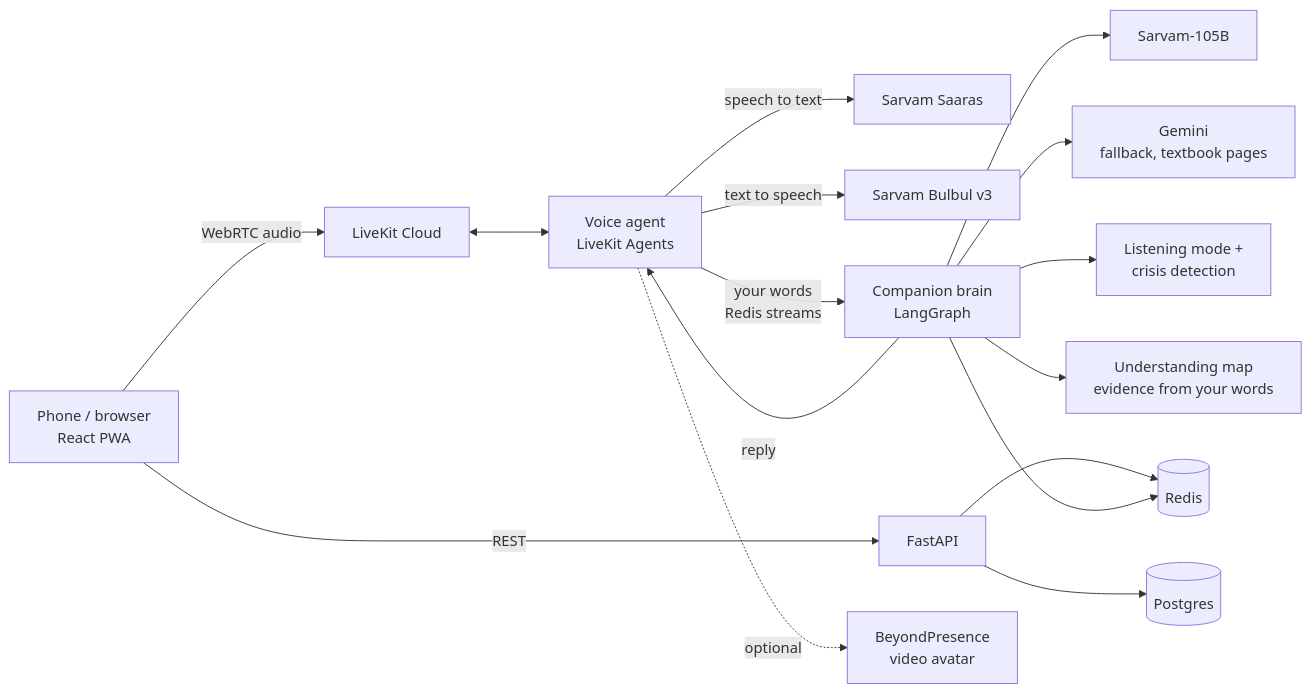
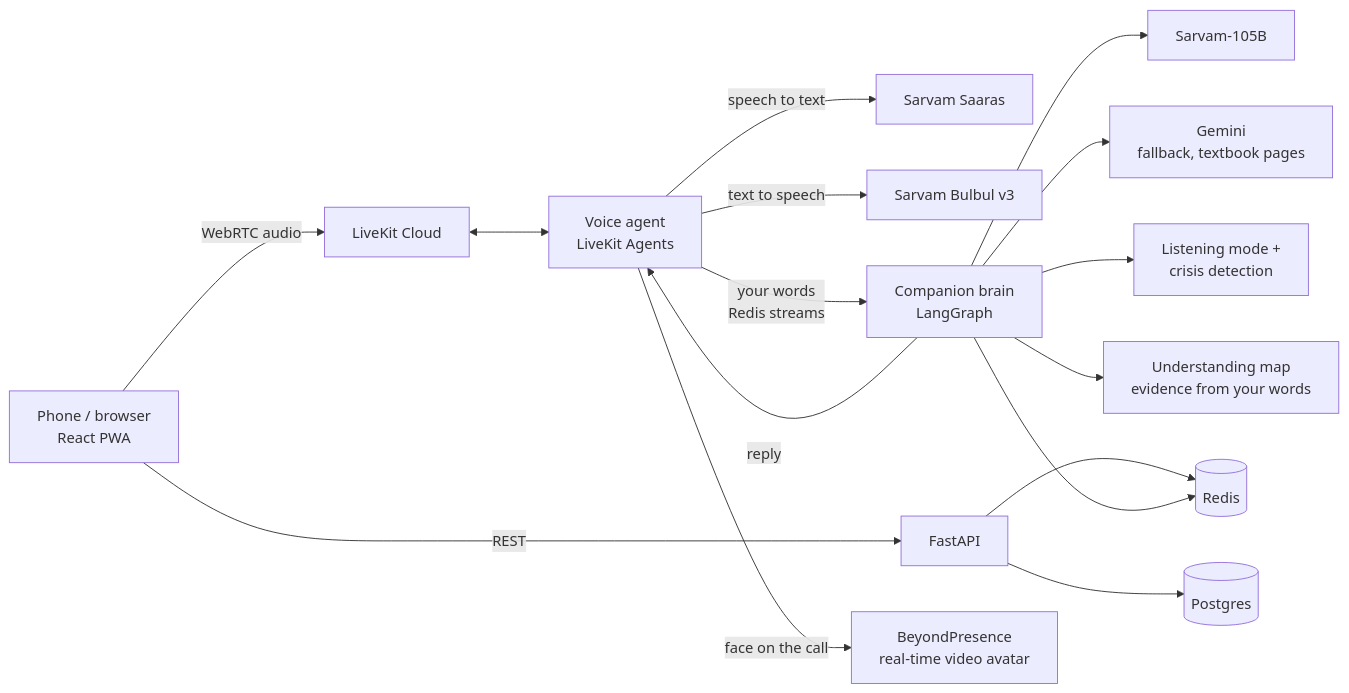
The diagram in README.md (ashish-066/WithYou), drawn with Mermaid before and after one commit. The commit also changed other lines of this file, not shown here.

Commit message:
docs: README leads with the face-to-face video call

````diff
--- a/README.md
+++ b/README.md
@@ -105,18 +109,18 @@
 ```mermaid
 flowchart LR
     P[Phone / browser<br/>React PWA] -- WebRTC audio --> LK[LiveKit Cloud]
     LK <--> A[Voice agent<br/>LiveKit Agents]
     A -- speech to text --> S1[Sarvam Saaras]
     A -- text to speech --> S2[Sarvam Bulbul v3]
     A -- your words<br/>Redis streams --> W[Companion brain<br/>LangGraph]
     W -- reply --> A
     W --> L1[Sarvam-105B]
     W --> L2[Gemini<br/>fallback, textbook pages]
     W --> T[Listening mode +<br/>crisis detection]
     W --> U[Understanding map<br/>evidence from your words]
     P -- REST --> API[FastAPI]
     API --> DB[(Postgres)]
     API --> R[(Redis)]
     W --> R
-    A -. optional .-> BP[BeyondPresence<br/>video avatar]
+    A -- face on the call --> BP[BeyondPresence<br/>real-time video avatar]
 ```
````
